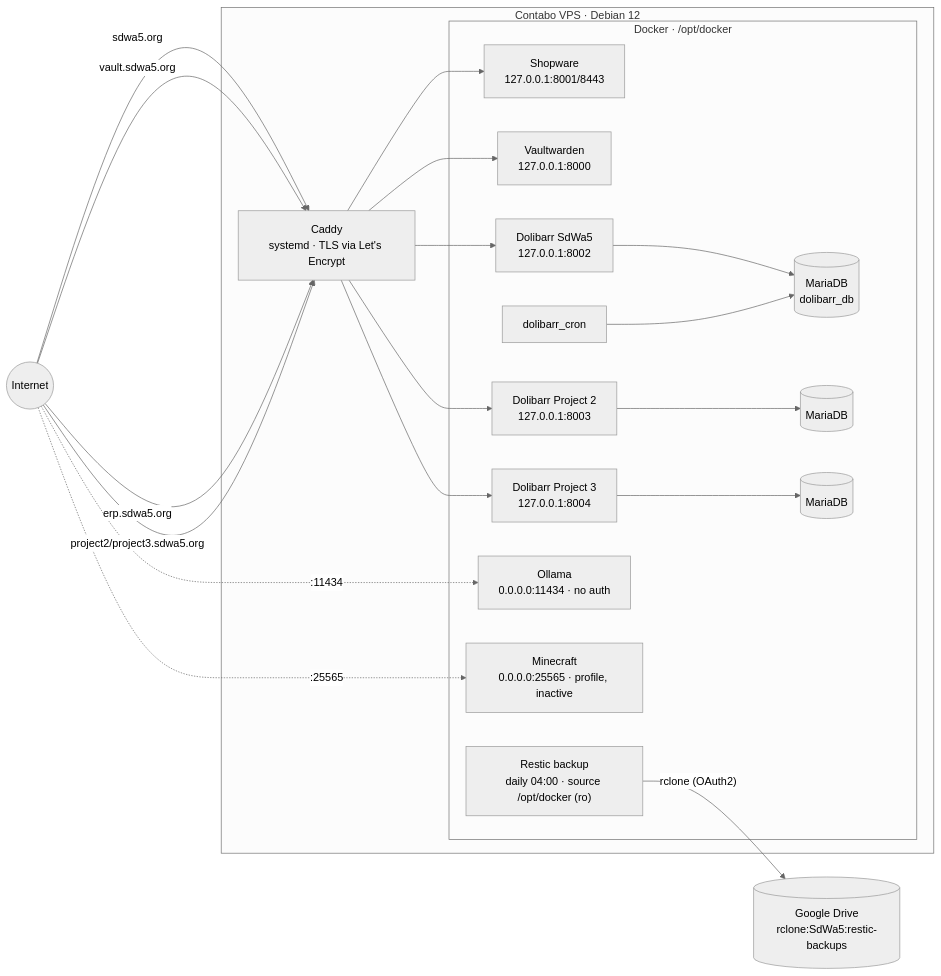
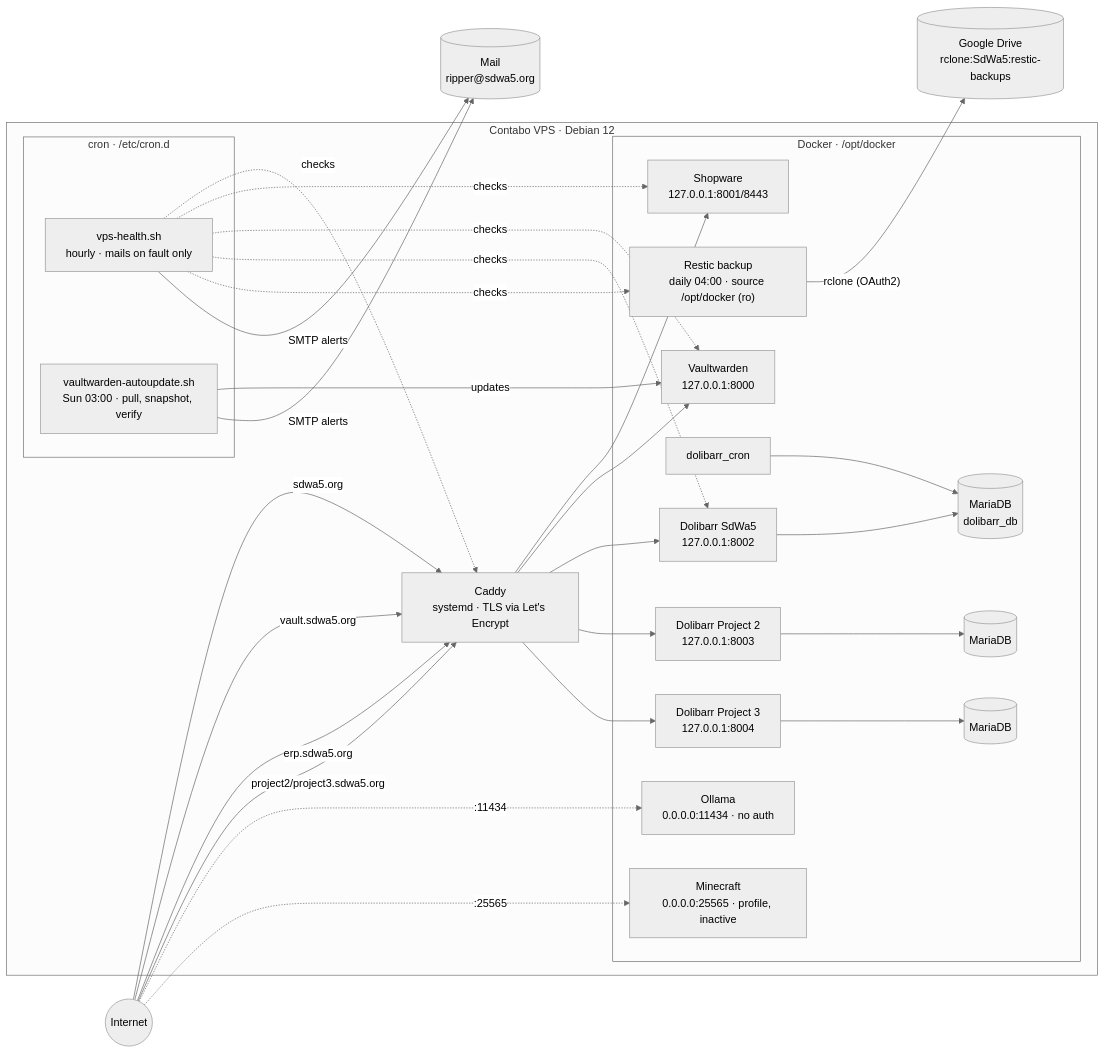
Before and after one commit to SdWa5/vps: the diagram in docs/infrastructure.md, drawn with Mermaid (neutral theme). The commit also changed other lines of this file and 23 other files, not shown here.

First line of the commit message:
feature/vaultwarden-monitoring sdwa5-vps 1.5.0

````diff
--- a/docs/infrastructure.md
+++ b/docs/infrastructure.md
@@ -7,38 +7,46 @@
 ```mermaid
 flowchart LR
     U((Internet))
 
     subgraph vps ["Contabo VPS · Debian 12"]
         C["Caddy<br/>systemd · TLS via Let's Encrypt"]
 
         subgraph docker ["Docker · /opt/docker"]
             SW["Shopware<br/>127.0.0.1:8001/8443"]
             VW["Vaultwarden<br/>127.0.0.1:8000"]
             DL["Dolibarr SdWa5<br/>127.0.0.1:8002"]
             DLC["dolibarr_cron"]
             DLDB[("MariaDB<br/>dolibarr_db")]
             P2["Dolibarr Project 2<br/>127.0.0.1:8003"]
             P2DB[("MariaDB")]
             P3["Dolibarr Project 3<br/>127.0.0.1:8004"]
             P3DB[("MariaDB")]
             OL["Ollama<br/>0.0.0.0:11434 · no auth"]
             MC["Minecraft<br/>0.0.0.0:25565 · profile, inactive"]
             RS["Restic backup<br/>daily 04:00 · source /opt/docker (ro)"]
         end
+
+        subgraph cron ["cron · /etc/cron.d"]
+            HC["vps-health.sh<br/>hourly · mails on fault only"]
+            AU["vaultwarden-autoupdate.sh<br/>Sun 03:00 · pull, snapshot, verify"]
+        end
     end
 
     GD[("Google Drive<br/>rclone:SdWa5:restic-backups")]
     U -- " sdwa5.org " --> C
     U -- " vault.sdwa5.org " --> C
     U -- " erp.sdwa5.org " --> C
     U -- " project2/project3.sdwa5.org " --> C
     U -. " :11434 " .-> OL
     U -. " :25565 " .-> MC
     C --> SW & VW & DL
     C --> P2 & P3
     DL --> DLDB
     DLC --> DLDB
     P2 --> P2DB
     P3 --> P3DB
     RS -- " rclone (OAuth2) " --> GD
+    HC -. " checks " .-> C & SW & VW & DL & RS
+    AU -- " updates " --> VW
+    HC & AU -- " SMTP alerts " --> MB[("Mail<br/>ripper@sdwa5.org")]
 ```
````
